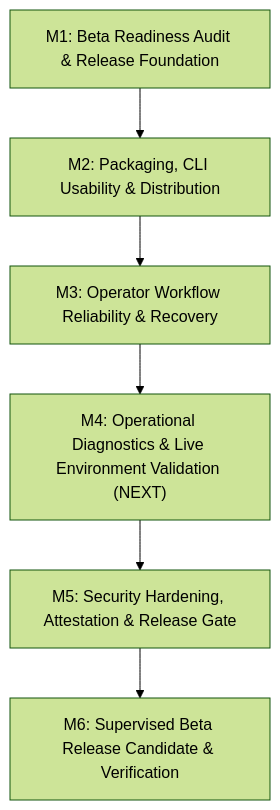
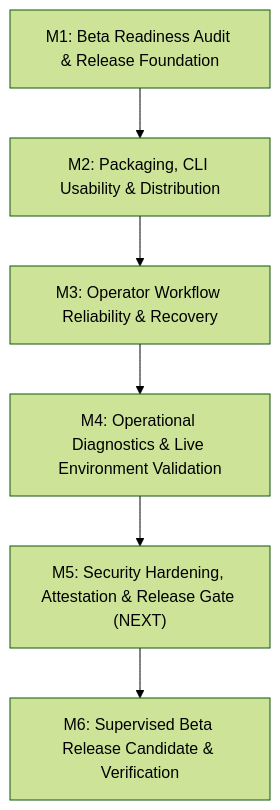
One commit to thisisanimesh01/FORGE changed the diagram in docs/specs/phase-6-roadmap.md. Above: the diagram before and after it, drawn with Mermaid (forest theme). The commit also changed other lines of this file and 10 other files, not shown here.

Commit message:
feat(diagnostics): implement operational diagnostics and live environment validation for phase 6 beta

````diff
--- a/docs/specs/phase-6-roadmap.md
+++ b/docs/specs/phase-6-roadmap.md
@@ -32,8 +32,8 @@
 ```mermaid
 flowchart TD
     M1["M1: Beta Readiness Audit & Release Foundation"] --> M2["M2: Packaging, CLI Usability & Distribution"]
     M2 --> M3["M3: Operator Workflow Reliability & Recovery"]
-    M3 --> M4["M4: Operational Diagnostics & Live Environment Validation (NEXT)"]
-    M4 --> M5["M5: Security Hardening, Attestation & Release Gate"]
+    M3 --> M4["M4: Operational Diagnostics & Live Environment Validation"]
+    M4 --> M5["M5: Security Hardening, Attestation & Release Gate (NEXT)"]
     M5 --> M6["M6: Supervised Beta Release Candidate & Verification"]
 ```
````
